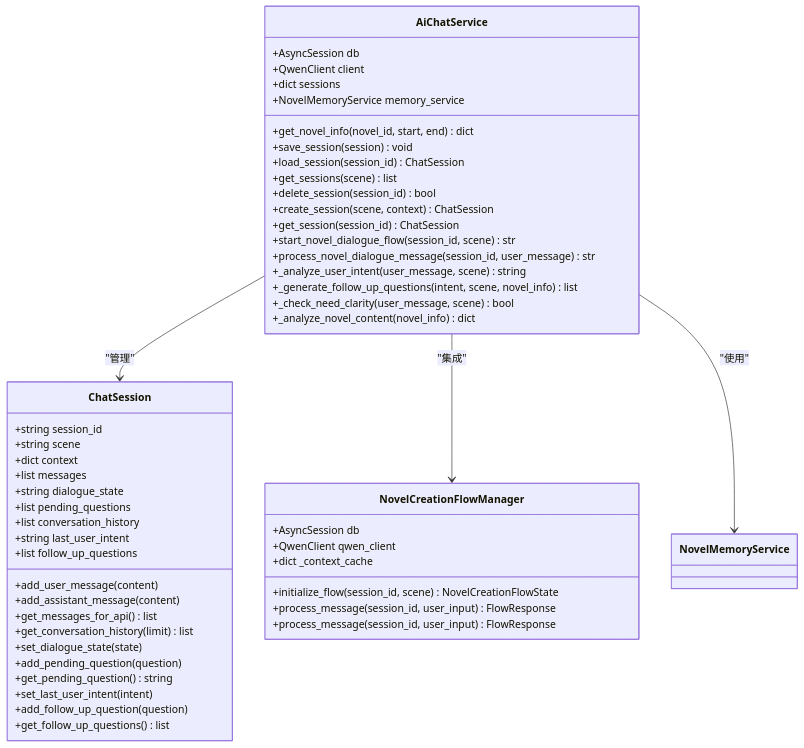
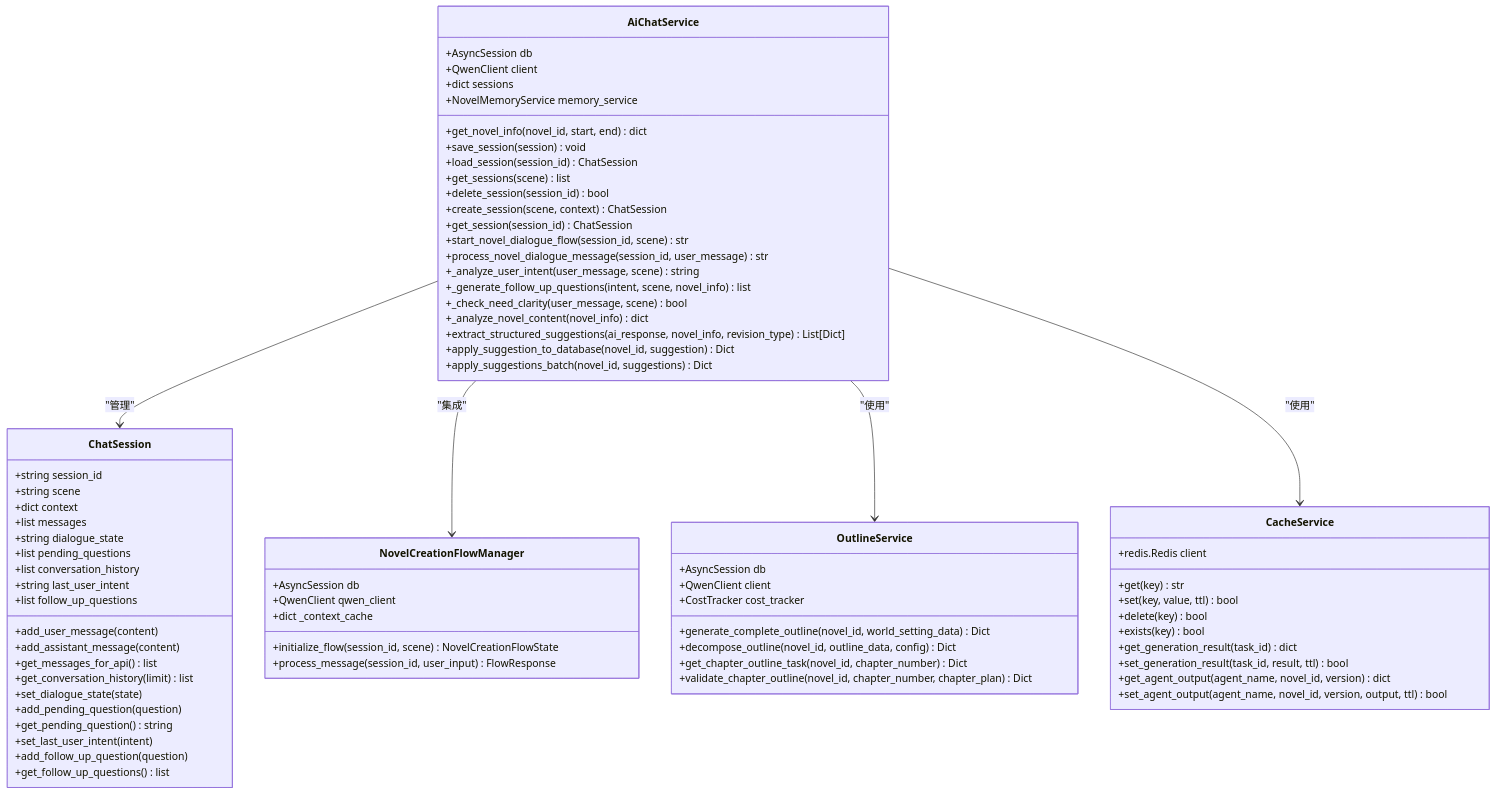
Before and after one commit to xfbyxq/ai-novel-system: the sixth of 9 diagrams in .qoder/repowiki/zh/content/后端架构/服务层设计.md, drawn with Mermaid. The commit also changed other lines of this file and 6 other files, not shown here.

First line of the commit message:
feat(architecture): 完善智能体系统核心组件与架构文档

````diff
--- a/.qoder/repowiki/zh/content/后端架构/服务层设计.md
+++ b/.qoder/repowiki/zh/content/后端架构/服务层设计.md
@@ -338,54 +366,77 @@
 ```mermaid
 classDiagram
 class ChatSession {
 +string session_id
 +string scene
 +dict context
 +list messages
 +string dialogue_state
 +list pending_questions
 +list conversation_history
 +string last_user_intent
 +list follow_up_questions
 +add_user_message(content)
 +add_assistant_message(content)
 +get_messages_for_api() list
 +get_conversation_history(limit) list
 +set_dialogue_state(state)
 +add_pending_question(question)
 +get_pending_question() string
 +set_last_user_intent(intent)
 +add_follow_up_question(question)
 +get_follow_up_questions() list
 }
 class AiChatService {
 +AsyncSession db
 +QwenClient client
 +dict sessions
 +NovelMemoryService memory_service
 +get_novel_info(novel_id, start, end) dict
 +save_session(session) void
 +load_session(session_id) ChatSession
 +get_sessions(scene) list
 +delete_session(session_id) bool
 +create_session(scene, context) ChatSession
 +get_session(session_id) ChatSession
 +start_novel_dialogue_flow(session_id, scene) str
 +process_novel_dialogue_message(session_id, user_message) str
 +_analyze_user_intent(user_message, scene) string
 +_generate_follow_up_questions(intent, scene, novel_info) list
 +_check_need_clarity(user_message, scene) bool
 +_analyze_novel_content(novel_info) dict
++extract_structured_suggestions(ai_response, novel_info, revision_type) List[Dict]
++apply_suggestion_to_database(novel_id, suggestion) Dict
++apply_suggestions_batch(novel_id, suggestions) Dict
 }
 class NovelCreationFlowManager {
 +AsyncSession db
 +QwenClient qwen_client
 +dict _context_cache
 +initialize_flow(session_id, scene) NovelCreationFlowState
 +process_message(session_id, user_input) FlowResponse
-+process_message(session_id, user_input) FlowResponse
+}
+class OutlineService {
++AsyncSession db
++QwenClient client
++CostTracker cost_tracker
++generate_complete_outline(novel_id, world_setting_data) Dict
++decompose_outline(novel_id, outline_data, config) Dict
++get_chapter_outline_task(novel_id, chapter_number) Dict
++validate_chapter_outline(novel_id, chapter_number, chapter_plan) Dict
+}
+class CacheService {
++redis.Redis client
++get(key) str
++set(key, value, ttl) bool
++delete(key) bool
++exists(key) bool
++get_generation_result(task_id) dict
++set_generation_result(task_id, result, ttl) bool
++get_agent_output(agent_name, novel_id, version) dict
++set_agent_output(agent_name, novel_id, version, output, ttl) bool
 }
 AiChatService --> ChatSession : "管理"
 AiChatService --> NovelCreationFlowManager : "集成"
-AiChatService --> NovelMemoryService : "使用"
+AiChatService --> OutlineService : "使用"
+AiChatService --> CacheService : "使用"
 ```
````
